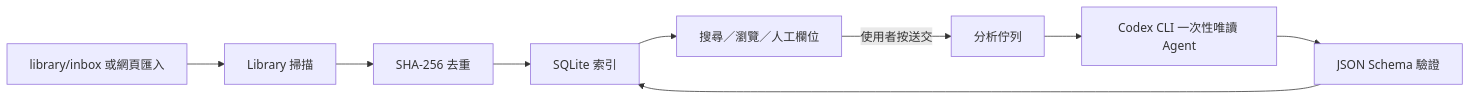
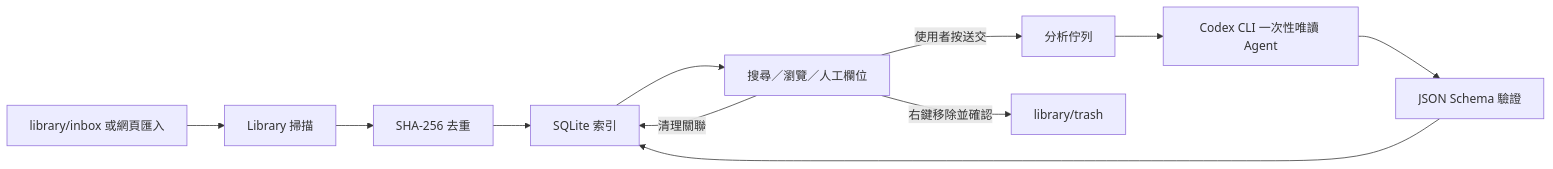
One commit to OllieHu12304/stylebase changed the diagram in docs/architecture.md. Above: the diagram before and after it, drawn with Mermaid. The commit also changed other lines of this file and 15 other files, not shown here.

````diff
--- a/docs/architecture.md
+++ b/docs/architecture.md
@@ -17,11 +17,13 @@
 ```mermaid
 flowchart LR
     A["library/inbox 或網頁匯入"] --> B["Library 掃描"]
     B --> C["SHA-256 去重"]
     C --> D["SQLite 索引"]
     D --> E["搜尋／瀏覽／人工欄位"]
     E -->|使用者按送交| F["分析佇列"]
     F --> G["Codex CLI 一次性唯讀 Agent"]
     G --> H["JSON Schema 驗證"]
     H --> D
+    E -->|右鍵移除並確認| I["library/trash"]
+    E -->|清理關聯| D
 ```
````
